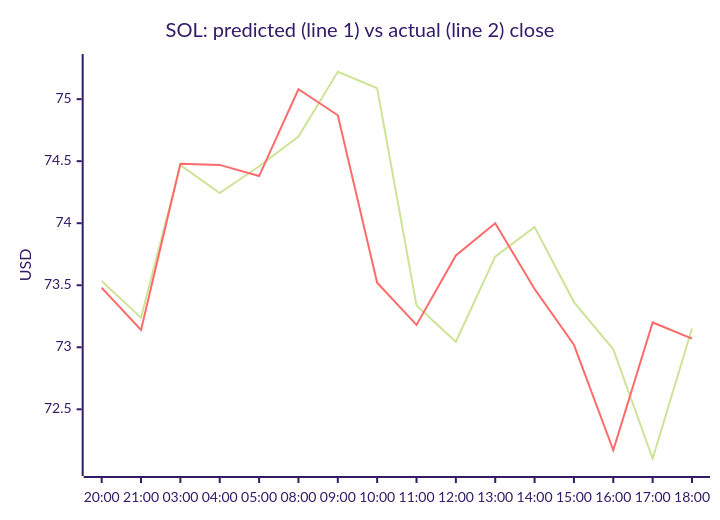
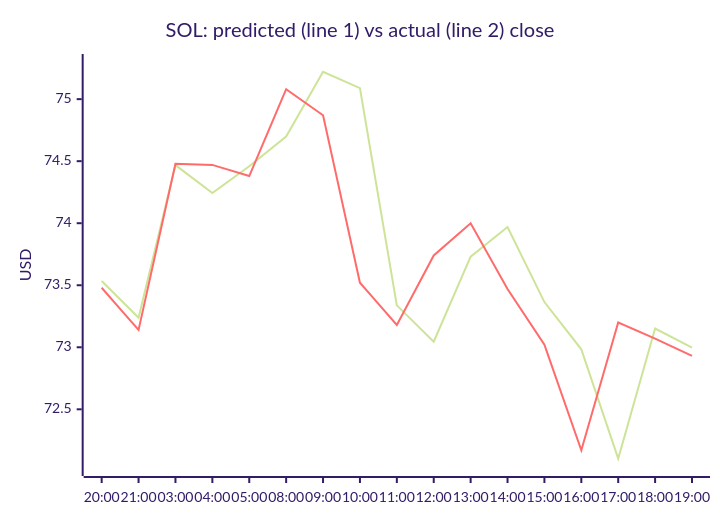
The third of 4 diagrams in README.md (samuelkreitl-wq/crypto-hourly-forecaster), drawn with Mermaid (forest theme) before and after one commit. The commit also changed other lines of this file and 14 other files, not shown here.

````diff
--- a/README.md
+++ b/README.md
@@ -56,8 +56,8 @@
 ```mermaid
 xychart-beta
     title "SOL: predicted (line 1) vs actual (line 2) close"
-    x-axis ["20:00", "21:00", "03:00", "04:00", "05:00", "08:00", "09:00", "10:00", "11:00", "12:00", "13:00", "14:00", "15:00", "16:00", "17:00", "18:00"]
+    x-axis ["20:00", "21:00", "03:00", "04:00", "05:00", "08:00", "09:00", "10:00", "11:00", "12:00", "13:00", "14:00", "15:00", "16:00", "17:00", "18:00", "19:00"]
     y-axis "USD" 72.0309 --> 75.2954
-    line [73.5341, 73.2381, 74.4685, 74.2437, 74.4589, 74.6981, 75.2202, 75.0883, 73.3377, 73.0445, 73.7306, 73.9697, 73.3643, 72.9832, 72.1030, 73.1512]
-    line [73.4800, 73.1400, 74.4800, 74.4700, 74.3800, 75.0800, 74.8700, 73.5200, 73.1800, 73.7400, 74.0000, 73.4700, 73.0200, 72.1700, 73.2000, 73.0700]
+    line [73.5341, 73.2381, 74.4685, 74.2437, 74.4589, 74.6981, 75.2202, 75.0883, 73.3377, 73.0445, 73.7306, 73.9697, 73.3643, 72.9832, 72.1030, 73.1512, 72.9967]
+    line [73.4800, 73.1400, 74.4800, 74.4700, 74.3800, 75.0800, 74.8700, 73.5200, 73.1800, 73.7400, 74.0000, 73.4700, 73.0200, 72.1700, 73.2000, 73.0700, 72.9300]
 ```
````
